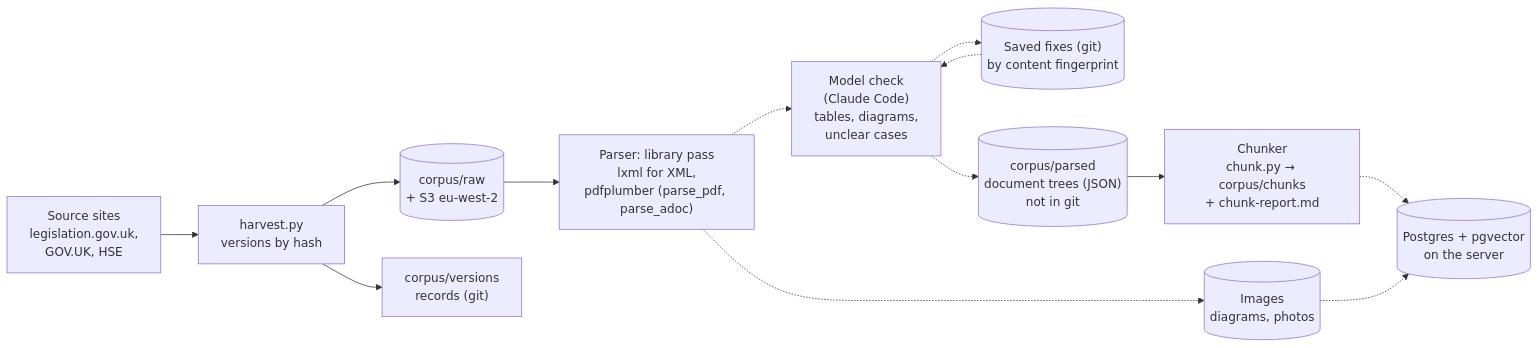
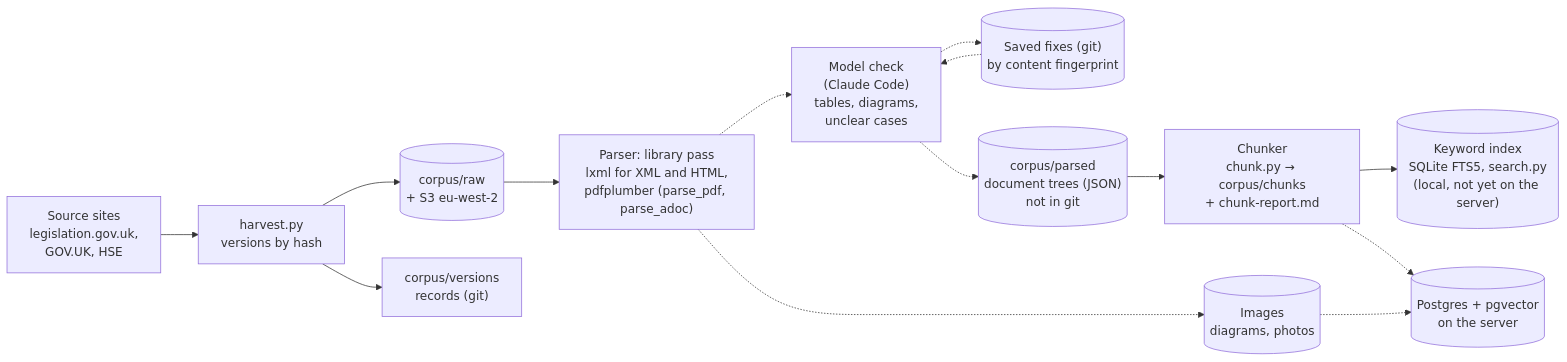
One commit to florinmarcus/builders_lab changed the first of 6 diagrams in architecture/design/regulations-corpus.md. Above: the diagram before and after it, drawn with Mermaid. The commit also changed other lines of this file and 8 other files, not shown here.

First line of the commit message:
Demo corpus, step 2: HTML parser, 12 documents chunked, local keyword search

````diff
--- a/architecture/design/regulations-corpus.md
+++ b/architecture/design/regulations-corpus.md
@@ -11,15 +11,16 @@
 ```mermaid
 flowchart LR
     src["Source sites<br/>legislation.gov.uk,<br/>GOV.UK, HSE"] --> harvest["harvest.py<br/>versions by hash"]
     harvest --> raw[("corpus/raw<br/>+ S3 eu-west-2")]
     harvest --> rec["corpus/versions<br/>records (git)"]
-    raw --> lib["Parser: library pass<br/>lxml for XML,<br/>pdfplumber (parse_pdf, parse_adoc)"]
+    raw --> lib["Parser: library pass<br/>lxml for XML and HTML,<br/>pdfplumber (parse_pdf, parse_adoc)"]
     lib -.-> chk["Model check<br/>(Claude Code)<br/>tables, diagrams,<br/>unclear cases"]
     fixes[("Saved fixes (git)<br/>by content fingerprint")] -.-> chk
     chk -.-> fixes
     chk -.-> tree[("corpus/parsed<br/>document trees (JSON)<br/>not in git")]
     lib -.-> img[("Images<br/>diagrams, photos")]
     tree --> chunk["Chunker<br/>chunk.py → corpus/chunks<br/>+ chunk-report.md"]
+    chunk --> fts[("Keyword index<br/>SQLite FTS5, search.py<br/>(local, not yet on the server)")]
     chunk -.-> pg[("Postgres + pgvector<br/>on the server")]
     img -.-> pg
 ```
````
